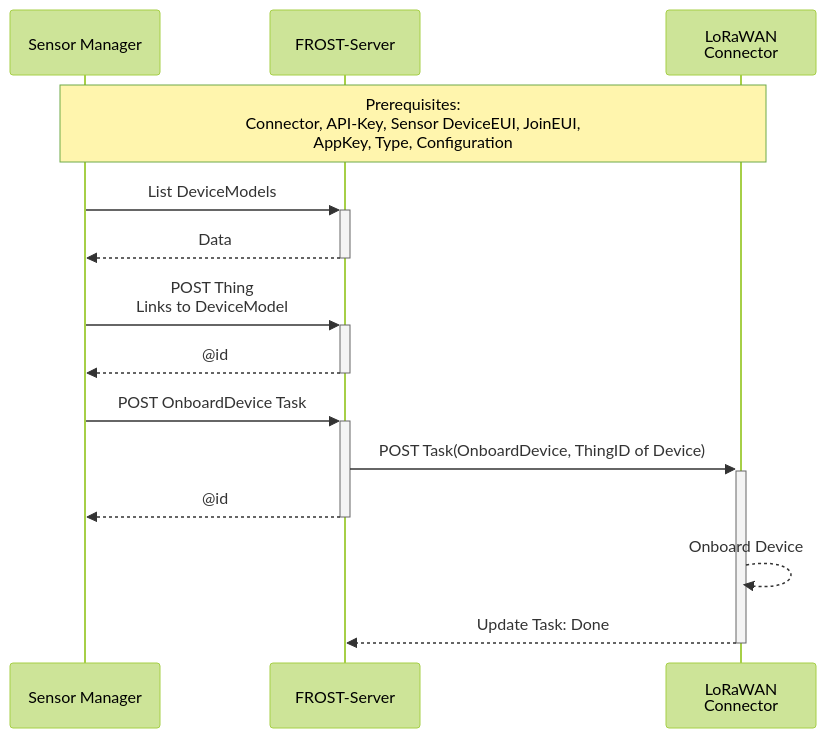
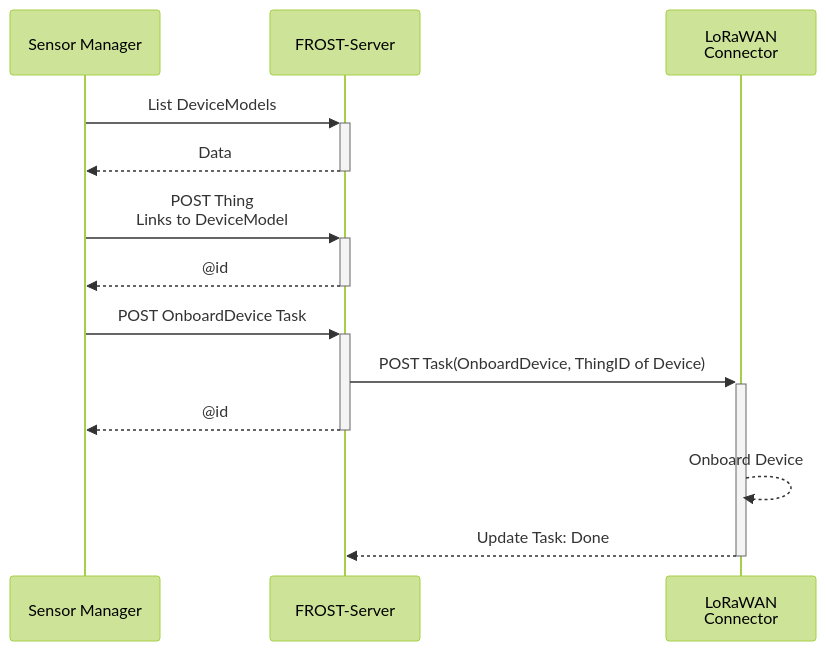
Before and after one commit to Geonovum/Testbed-sensordata: the first of 2 diagrams in research question 3/researchQuestion3.md, drawn with Mermaid (forest theme). The commit also changed other lines of this file, not shown here.

Commit message:
Added demo service, improved sequence diagram

````diff
--- a/research question 3/researchQuestion3.md
+++ b/research question 3/researchQuestion3.md
@@ -157,19 +157,18 @@
 ```mermaid
 sequenceDiagram
   participant SensorManager as Sensor Manager
   participant FROST as FROST-Server
   participant Connector as LoRaWAN<br>Connector
-  Note over SensorManager,Connector: Prerequisites:<br/>Connector, API-Key, Sensor DeviceEUI, JoinEUI,<br/>AppKey, Type, Configuration
 
   SensorManager ->> +FROST: List DeviceModels
   FROST -->> -SensorManager: Data
 
   SensorManager ->> +FROST: POST Thing<br/>Links to DeviceModel
   FROST -->> -SensorManager: @id
 
   SensorManager ->> +FROST: POST OnboardDevice Task
   FROST ->> +Connector: POST Task(OnboardDevice, ThingID of Device)
   FROST -->> -SensorManager: @id
   Connector -->> Connector: Onboard Device
   Connector -->> -FROST: Update Task: Done
 ```
````
